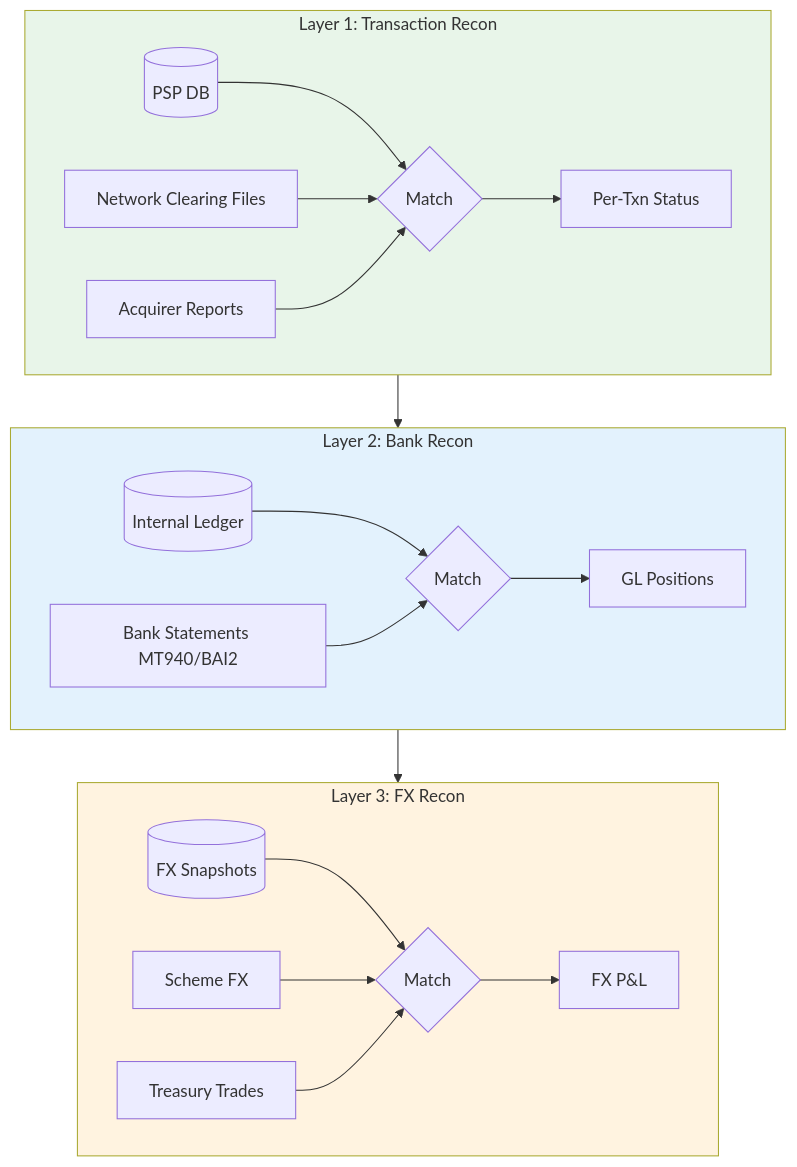
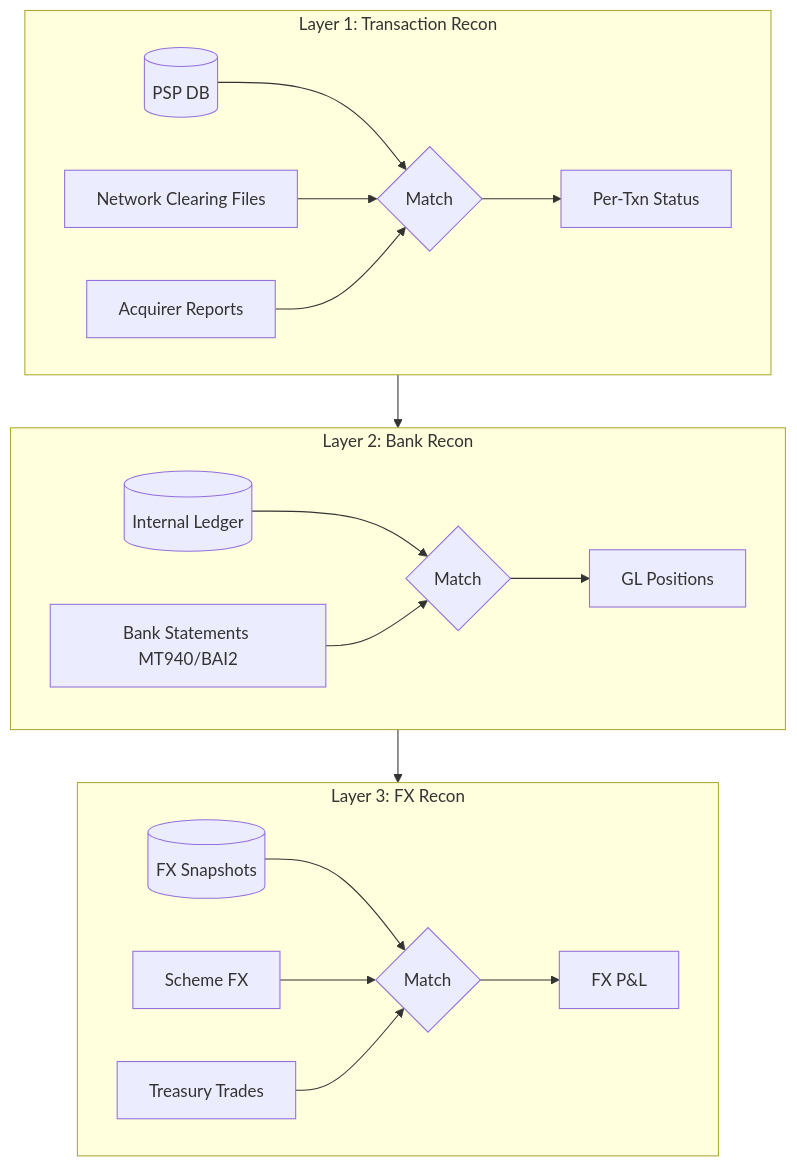
The sixth of 9 diagrams in gemini-responses/payments-at-visa.md (udaytamma/Cyrus), drawn with Mermaid before and after one commit. The commit also changed other lines of this file and 8 other files, not shown here.

````diff
--- a/gemini-responses/payments-at-visa.md
+++ b/gemini-responses/payments-at-visa.md
@@ -489,43 +451,39 @@
 ```mermaid
 flowchart TB
     subgraph L1["Layer 1: Transaction Recon"]
         direction LR
         PSP_DB[(PSP DB)]
         CLEARING[Network Clearing Files]
         ACQ_RPT[Acquirer Reports]
         MATCH1{Match}
         PSP_DB --> MATCH1
         CLEARING --> MATCH1
         ACQ_RPT --> MATCH1
         MATCH1 --> TXN_STATUS[Per-Txn Status]
     end
 
     subgraph L2["Layer 2: Bank Recon"]
         direction LR
         LEDGER[(Internal Ledger)]
         BANK_STMT[Bank Statements MT940/BAI2]
         MATCH2{Match}
         LEDGER --> MATCH2
         BANK_STMT --> MATCH2
         MATCH2 --> GL_STATUS[GL Positions]
     end
 
     subgraph L3["Layer 3: FX Recon"]
         direction LR
         FX_SNAP[(FX Snapshots)]
         SCHEME_FX[Scheme FX]
         TREASURY[Treasury Trades]
         MATCH3{Match}
         FX_SNAP --> MATCH3
         SCHEME_FX --> MATCH3
         TREASURY --> MATCH3
         MATCH3 --> FX_PNL[FX P&L]
     end
 
     L1 --> L2
     L2 --> L3
-
-    style L1 fill:#e8f5e9
-    style L2 fill:#e3f2fd
-    style L3 fill:#fff3e0
 ```
````
